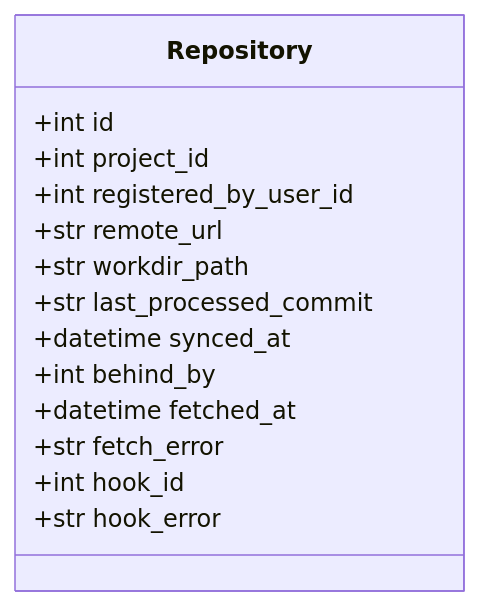
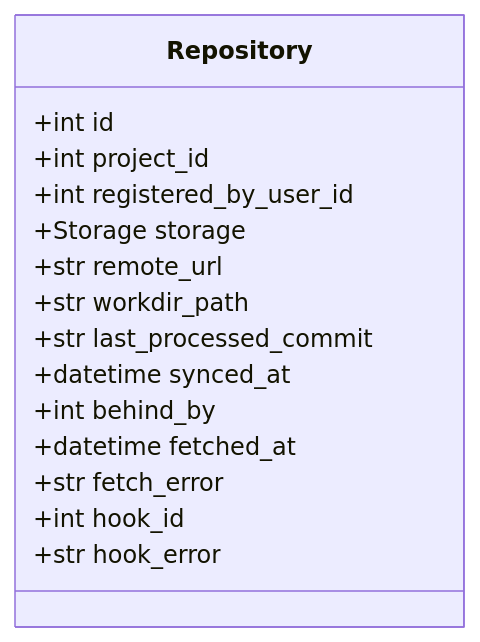
One commit to HoyoungParkme/syncdoc changed the second of 22 diagrams in docs/specs/06-DOM/SYNC-DOM-002.md. Above: the diagram before and after it, drawn with Mermaid. The commit also changed other lines of this file, not shown here.

First line of the commit message:
spec(SYNC-DOM-002): Repository.storage · Storage 열거형 · init_project 저장 방식 · git.init_bare

````diff
--- a/docs/specs/06-DOM/SYNC-DOM-002.md
+++ b/docs/specs/06-DOM/SYNC-DOM-002.md
@@ -178,17 +178,18 @@
 ```mermaid
 classDiagram
     class Repository {
         +int id
         +int project_id
         +int registered_by_user_id
+        +Storage storage
         +str remote_url
         +str workdir_path
         +str last_processed_commit
         +datetime synced_at
         +int behind_by
         +datetime fetched_at
         +str fetch_error
         +int hook_id
         +str hook_error
     }
 ```
````
